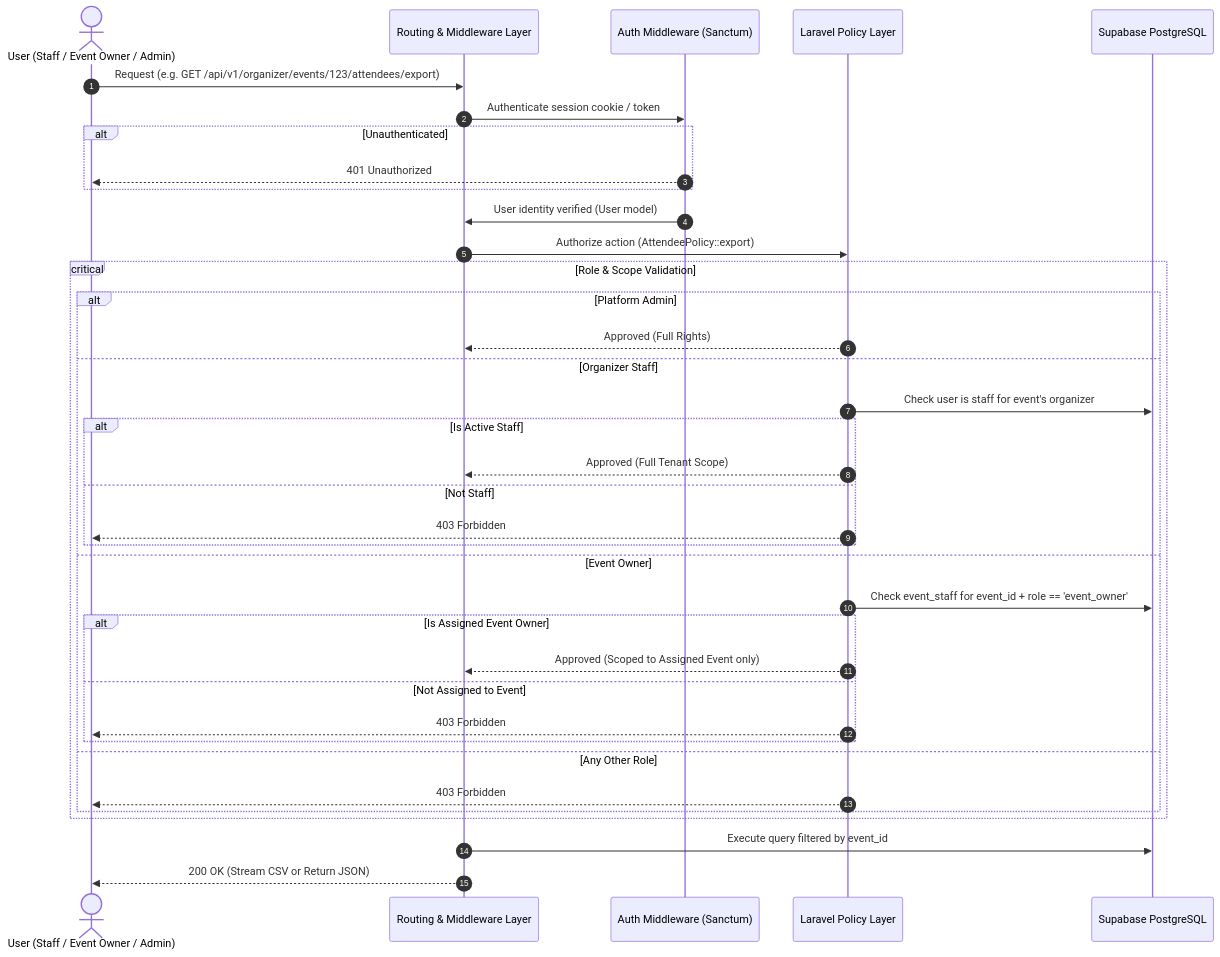
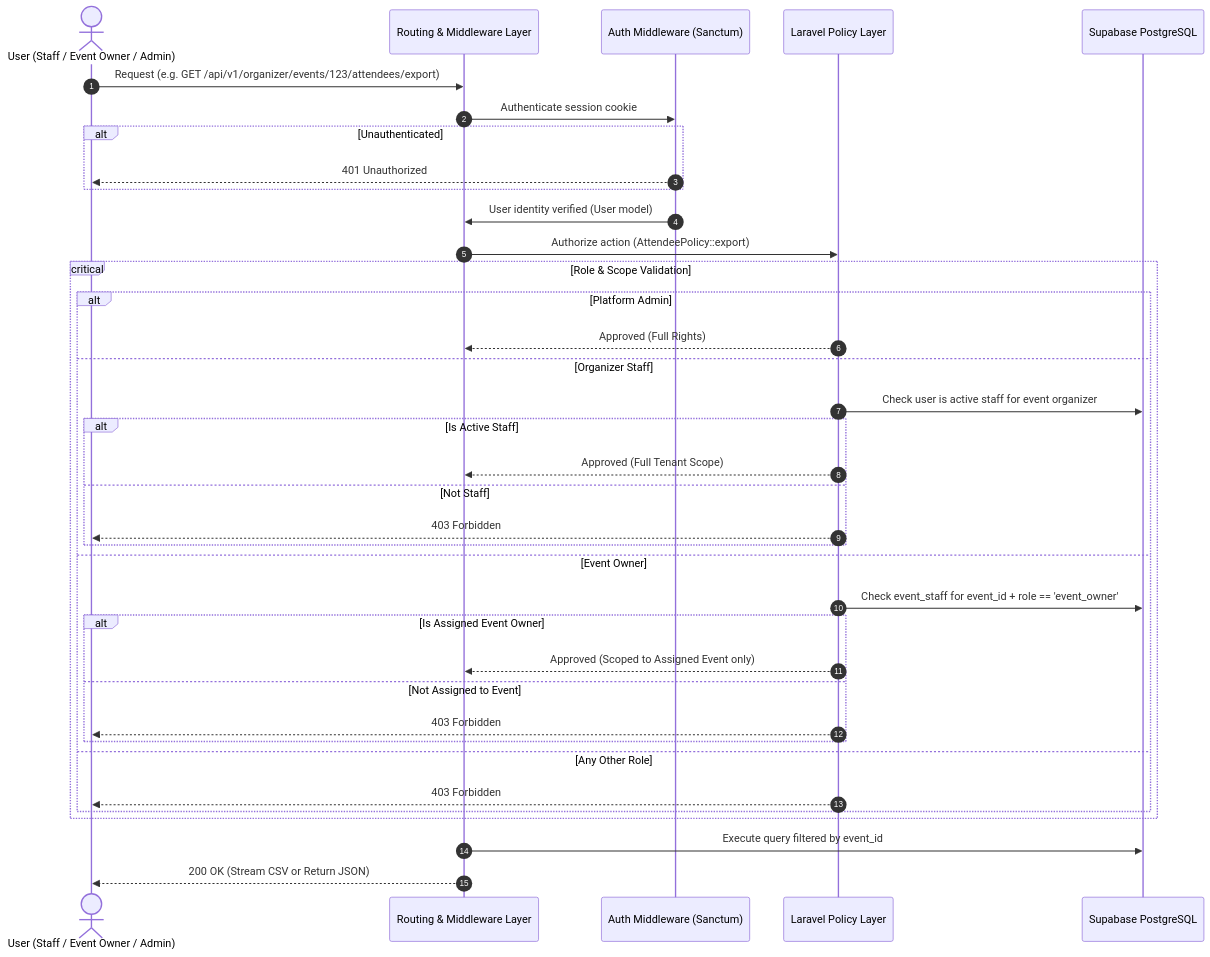
One commit to kreativesahara/ticket changed the second of 2 diagrams in doc/roleandprivileage.md. Above: the diagram before and after it, drawn with Mermaid. The commit also changed other lines of this file, not shown here.

Commit message:
docs: update role and privilege documentation to version 1.2 with event owner safeguards

````diff
--- a/doc/roleandprivileage.md
+++ b/doc/roleandprivileage.md
@@ -153,43 +152,43 @@
 ```mermaid
 sequenceDiagram
     autonumber
     actor Client as User (Staff / Event Owner / Admin)
     participant HTTP as Routing & Middleware Layer
     participant Sanctum as Auth Middleware (Sanctum)
     participant Policy as Laravel Policy Layer
     participant DB as Supabase PostgreSQL
 
     Client->>HTTP: Request (e.g. GET /api/v1/organizer/events/123/attendees/export)
-    HTTP->>Sanctum: Authenticate session cookie / token
+    HTTP->>Sanctum: Authenticate session cookie
     alt Unauthenticated
         Sanctum-->>Client: 401 Unauthorized
     end
 
     Sanctum->>HTTP: User identity verified (User model)
     HTTP->>Policy: Authorize action (AttendeePolicy::export)
 
     critical Role & Scope Validation
         alt Platform Admin
             Policy-->>HTTP: Approved (Full Rights)
         else Organizer Staff
-            Policy->>DB: Check user is staff for event's organizer
+            Policy->>DB: Check user is active staff for event organizer
             alt Is Active Staff
                 Policy-->>HTTP: Approved (Full Tenant Scope)
             else Not Staff
                 Policy-->>Client: 403 Forbidden
             end
         else Event Owner
             Policy->>DB: Check event_staff for event_id + role == 'event_owner'
             alt Is Assigned Event Owner
                 Policy-->>HTTP: Approved (Scoped to Assigned Event only)
             else Not Assigned to Event
                 Policy-->>Client: 403 Forbidden
             end
         else Any Other Role
             Policy-->>Client: 403 Forbidden
         end
     end
 
     HTTP->>DB: Execute query filtered by event_id
     HTTP-->>Client: 200 OK (Stream CSV or Return JSON)
 ```
````
